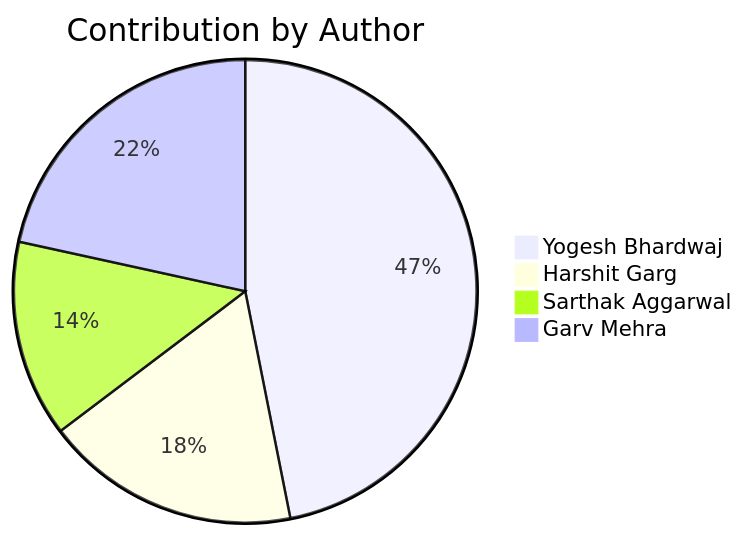
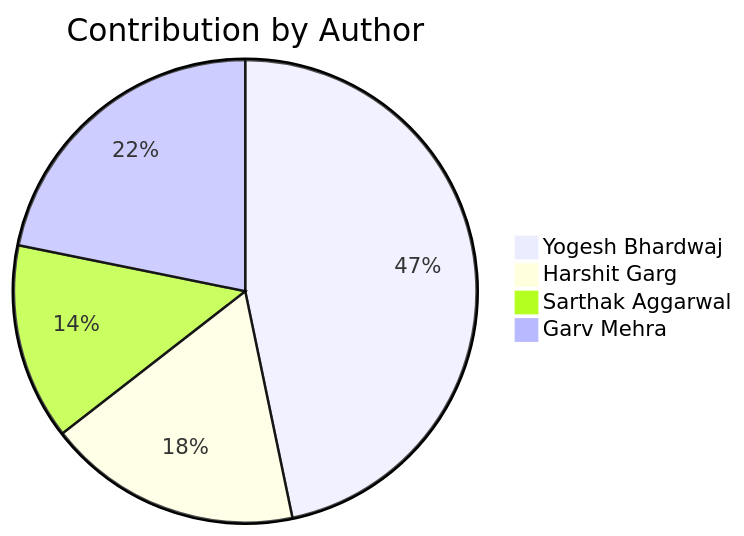
One commit to Yogesh-Bhardwaj-hue/Scm-Final_2.0 changed the second of 2 diagrams in README.md. Above: the diagram before and after it, drawn with Mermaid. The commit also changed other lines of this file, not shown here.

Commit message:
Update contribution charts

````diff
--- a/README.md
+++ b/README.md
@@ -220,7 +220,7 @@
 ```mermaid
 pie title Contribution by Author
     "Yogesh Bhardwaj": 150
     "Harshit Garg": 57
     "Sarthak Aggarwal": 44
-    "Garv Mehra": 69
+    "Garv Mehra": 70
 ```
````
